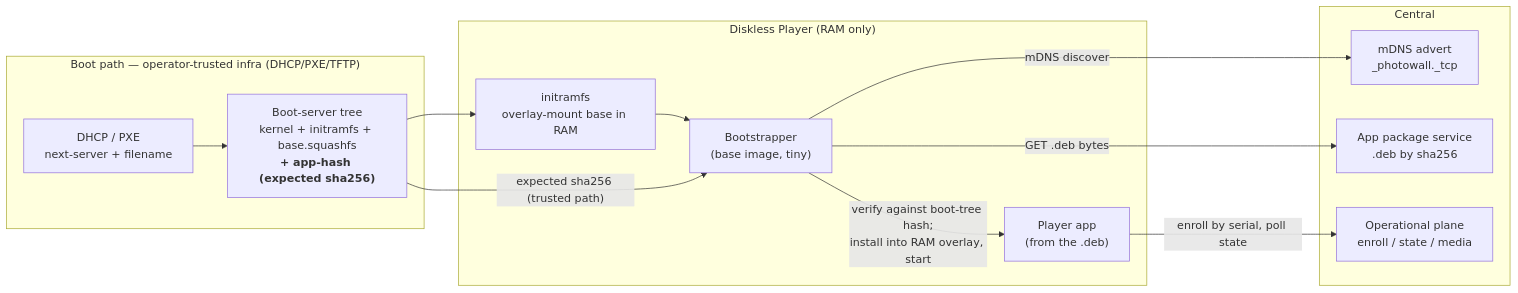
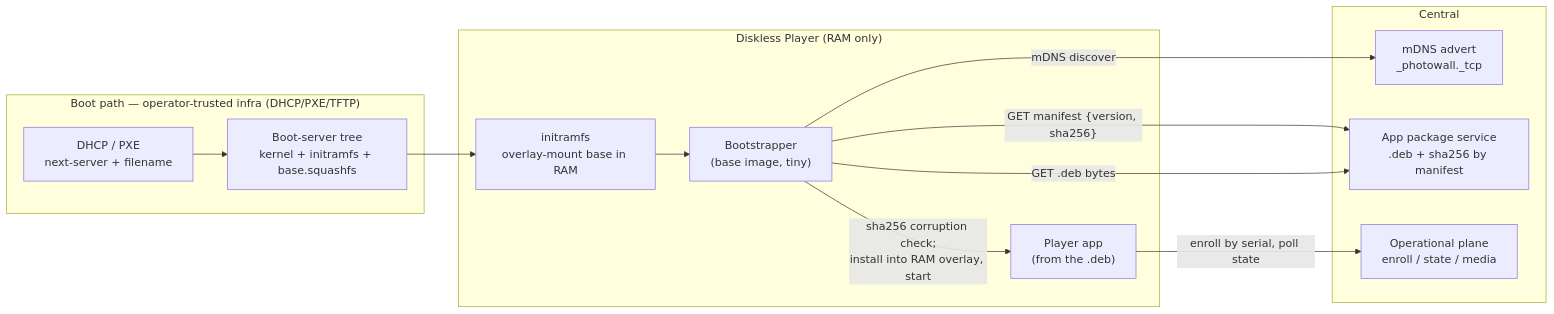
The first of 5 diagrams in docs/decisions/0009-minimal-base-and-app-package.md (mcurcio/photo-wall), drawn with Mermaid before and after one commit. The commit also changed other lines of this file, not shown here.

````diff
--- a/docs/decisions/0009-minimal-base-and-app-package.md
+++ b/docs/decisions/0009-minimal-base-and-app-package.md
@@ -77,23 +89,23 @@
 ```mermaid
 graph LR
   subgraph boot["Boot path — operator-trusted infra (DHCP/PXE/TFTP)"]
     dhcp["DHCP / PXE<br/>next-server + filename"]
-    tree["Boot-server tree<br/>kernel + initramfs + base.squashfs<br/><b>+ app-hash (expected sha256)</b>"]
+    tree["Boot-server tree<br/>kernel + initramfs + base.squashfs"]
   end
   subgraph pi["Diskless Player (RAM only)"]
     init["initramfs<br/>overlay-mount base in RAM"]
     boots["Bootstrapper<br/>(base image, tiny)"]
     app["Player app<br/>(from the .deb)"]
   end
   subgraph central["Central"]
     mdns["mDNS advert<br/>_photowall._tcp"]
-    appsvc["App package service<br/>.deb by sha256"]
+    appsvc["App package service<br/>.deb + sha256 by manifest"]
     plane["Operational plane<br/>enroll / state / media"]
   end
   dhcp --> tree --> init --> boots
-  tree -->|"expected sha256 (trusted path)"| boots
   boots -->|"mDNS discover"| mdns
+  boots -->|"GET manifest {version, sha256}"| appsvc
   boots -->|"GET .deb bytes"| appsvc
-  boots -->|"verify against boot-tree hash;<br/>install into RAM overlay, start"| app
+  boots -->|"sha256 corruption check;<br/>install into RAM overlay, start"| app
   app -->|"enroll by serial, poll state"| plane
 ```
````
